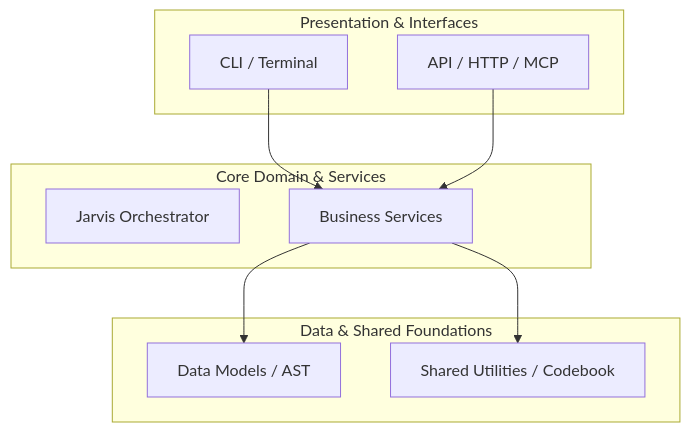
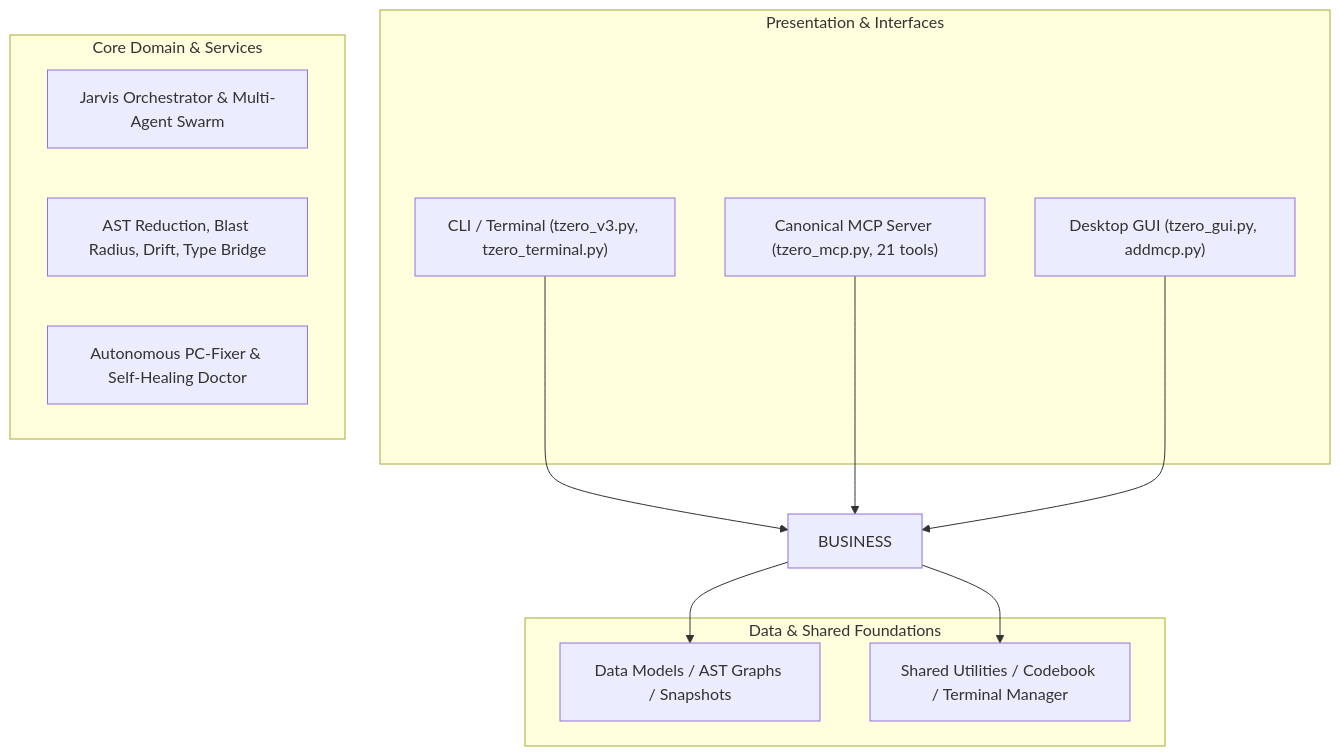
One commit to toprakahmetaydogmus/TZeroAlgorithm changed the diagram in AGENTS.md. Above: the diagram before and after it, drawn with Mermaid. The commit also changed other lines of this file and 6 other files, not shown here.

Commit message:
docs(ai): add llms.txt & AI_INSPECTION.md for autonomous agent repository understanding [skip ci]

````diff
--- a/AGENTS.md
+++ b/AGENTS.md
@@ -34,20 +42,23 @@
 ```mermaid
 flowchart TD
     subgraph Presentation ["Presentation & Interfaces"]
-        CLI["CLI / Terminal"]
-        API["API / HTTP / MCP"]
+        CLI["CLI / Terminal (tzero_v3.py, tzero_terminal.py)"]
+        MCP["Canonical MCP Server (tzero_mcp.py, 21 tools)"]
+        GUI["Desktop GUI (tzero_gui.py, addmcp.py)"]
     end
     subgraph Business ["Core Domain & Services"]
-        ORCH["Jarvis Orchestrator"]
-        SERVICES["Business Services"]
+        ORCH["Jarvis Orchestrator & Multi-Agent Swarm"]
+        FEATURES["AST Reduction, Blast Radius, Drift, Type Bridge"]
+        FIXER["Autonomous PC-Fixer & Self-Healing Doctor"]
     end
     subgraph Persistence ["Data & Shared Foundations"]
-        MODELS["Data Models / AST"]
-        UTILS["Shared Utilities / Codebook"]
+        MODELS["Data Models / AST Graphs / Snapshots"]
+        UTILS["Shared Utilities / Codebook / Terminal Manager"]
     end
 
-    CLI --> SERVICES
-    API --> SERVICES
-    SERVICES --> MODELS
-    SERVICES --> UTILS
+    CLI --> BUSINESS
+    MCP --> BUSINESS
+    GUI --> BUSINESS
+    BUSINESS --> MODELS
+    BUSINESS --> UTILS
 ```
````
